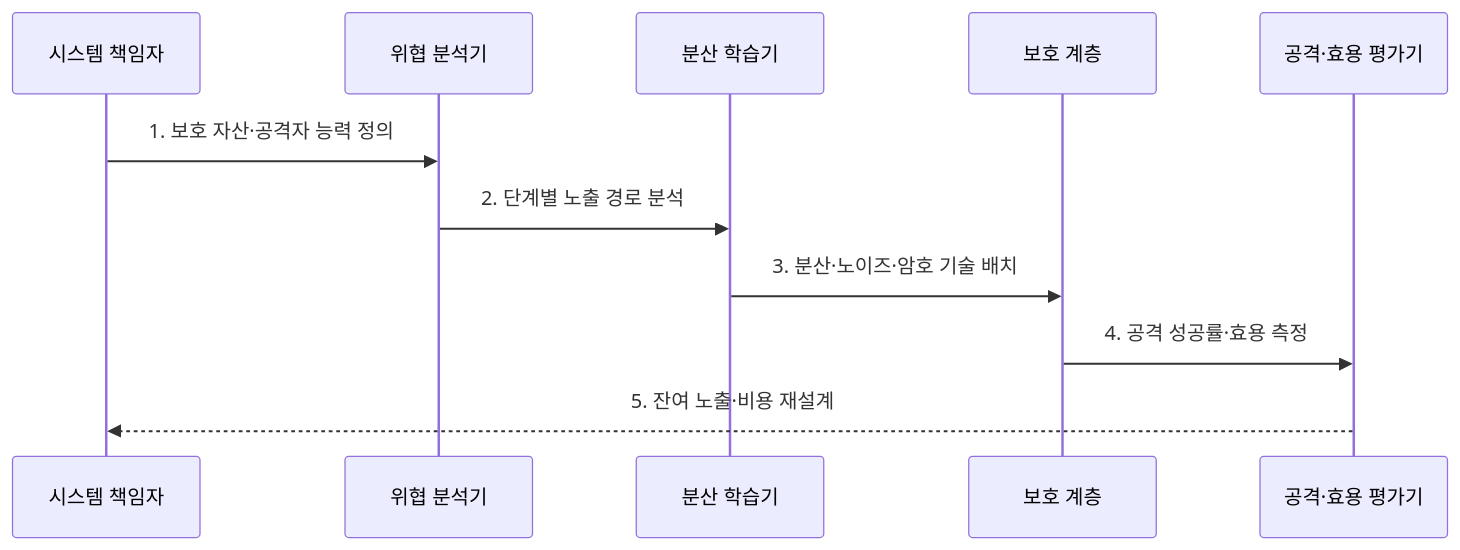
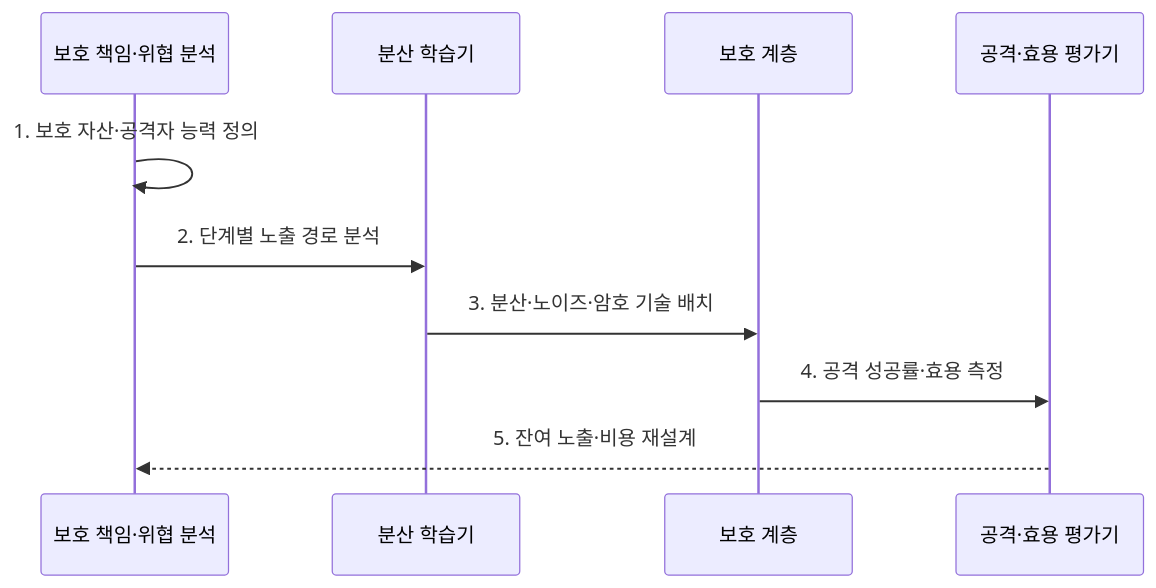
Before and after one commit to agnusdei1207/knowledge-base: the second of 2 diagrams in src/content/docs/notes/08-latest-tech/110_privacy_preserving_ai.md, drawn with Mermaid. The commit also changed 5 other files, not shown here.

Commit message:
Simplify explainability and privacy flows

````diff
--- a/src/content/docs/notes/08-latest-tech/110_privacy_preserving_ai.md
+++ b/src/content/docs/notes/08-latest-tech/110_privacy_preserving_ai.md
@@ -101,13 +101,12 @@
 ```mermaid
 sequenceDiagram
-    participant O as 시스템 책임자
-    participant T as 위협 분석기
+    participant T as 보호 책임·위협 분석
     participant F as 분산 학습기
     participant P as 보호 계층
     participant V as 공격·효용 평가기
-    O->>T: 1. 보호 자산·공격자 능력 정의
+    T->>T: 1. 보호 자산·공격자 능력 정의
     T->>F: 2. 단계별 노출 경로 분석
     F->>P: 3. 분산·노이즈·암호 기술 배치
     P->>V: 4. 공격 성공률·효용 측정
-    V-->>O: 5. 잔여 노출·비용 재설계
+    V-->>T: 5. 잔여 노출·비용 재설계
 ```
````
